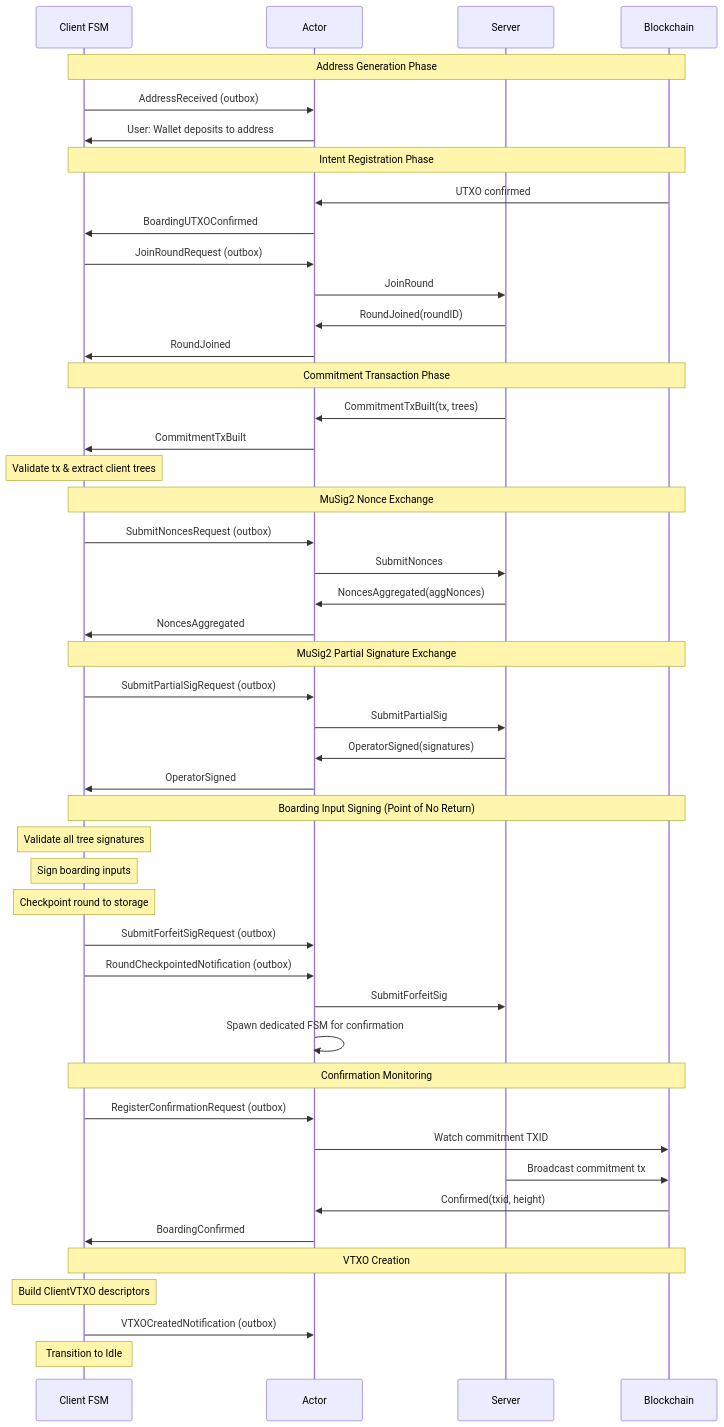
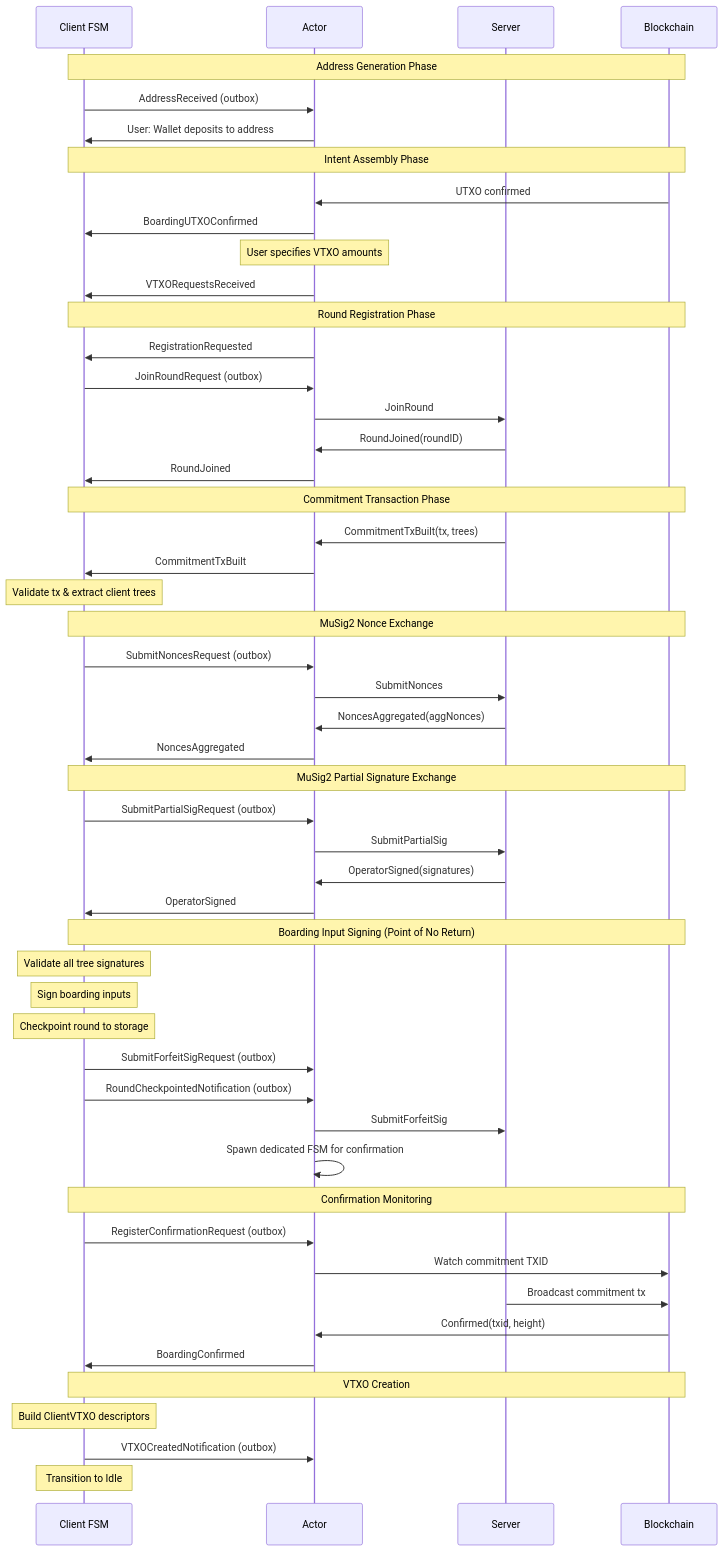
The first of 2 diagrams in round/README.md (lightninglabs/wavelength), drawn with Mermaid before and after one commit. The commit also changed other lines of this file, not shown here.

Commit message:
round: update README.md to reflect latest changes

````diff
--- a/round/README.md
+++ b/round/README.md
@@ -219,57 +230,62 @@
 ```mermaid
 sequenceDiagram
     participant C as Client FSM
     participant A as Actor
     participant S as Server
     participant B as Blockchain
 
     Note over C,B: Address Generation Phase
     C->>A: AddressReceived (outbox)
     A->>C: User: Wallet deposits to address
 
-    Note over C,B: Intent Registration Phase
+    Note over C,B: Intent Assembly Phase
     B->>A: UTXO confirmed
     A->>C: BoardingUTXOConfirmed
+    Note over A: User specifies VTXO amounts
+    A->>C: VTXORequestsReceived
+
+    Note over C,B: Round Registration Phase
+    A->>C: RegistrationRequested
     C->>A: JoinRoundRequest (outbox)
     A->>S: JoinRound
     S->>A: RoundJoined(roundID)
     A->>C: RoundJoined
 
     Note over C,B: Commitment Transaction Phase
     S->>A: CommitmentTxBuilt(tx, trees)
     A->>C: CommitmentTxBuilt
     Note over C: Validate tx & extract client trees
 
     Note over C,B: MuSig2 Nonce Exchange
     C->>A: SubmitNoncesRequest (outbox)
     A->>S: SubmitNonces
     S->>A: NoncesAggregated(aggNonces)
     A->>C: NoncesAggregated
 
     Note over C,B: MuSig2 Partial Signature Exchange
     C->>A: SubmitPartialSigRequest (outbox)
     A->>S: SubmitPartialSig
     S->>A: OperatorSigned(signatures)
     A->>C: OperatorSigned
 
     Note over C,B: Boarding Input Signing (Point of No Return)
     Note over C: Validate all tree signatures
     Note over C: Sign boarding inputs
     Note over C: Checkpoint round to storage
     C->>A: SubmitForfeitSigRequest (outbox)
     C->>A: RoundCheckpointedNotification (outbox)
     A->>S: SubmitForfeitSig
     A->>A: Spawn dedicated FSM for confirmation
 
     Note over C,B: Confirmation Monitoring
     C->>A: RegisterConfirmationRequest (outbox)
     A->>B: Watch commitment TXID
     S->>B: Broadcast commitment tx
     B->>A: Confirmed(txid, height)
     A->>C: BoardingConfirmed
 
     Note over C,B: VTXO Creation
     Note over C: Build ClientVTXO descriptors
     C->>A: VTXOCreatedNotification (outbox)
     Note over C: Transition to Idle
 ```
````
